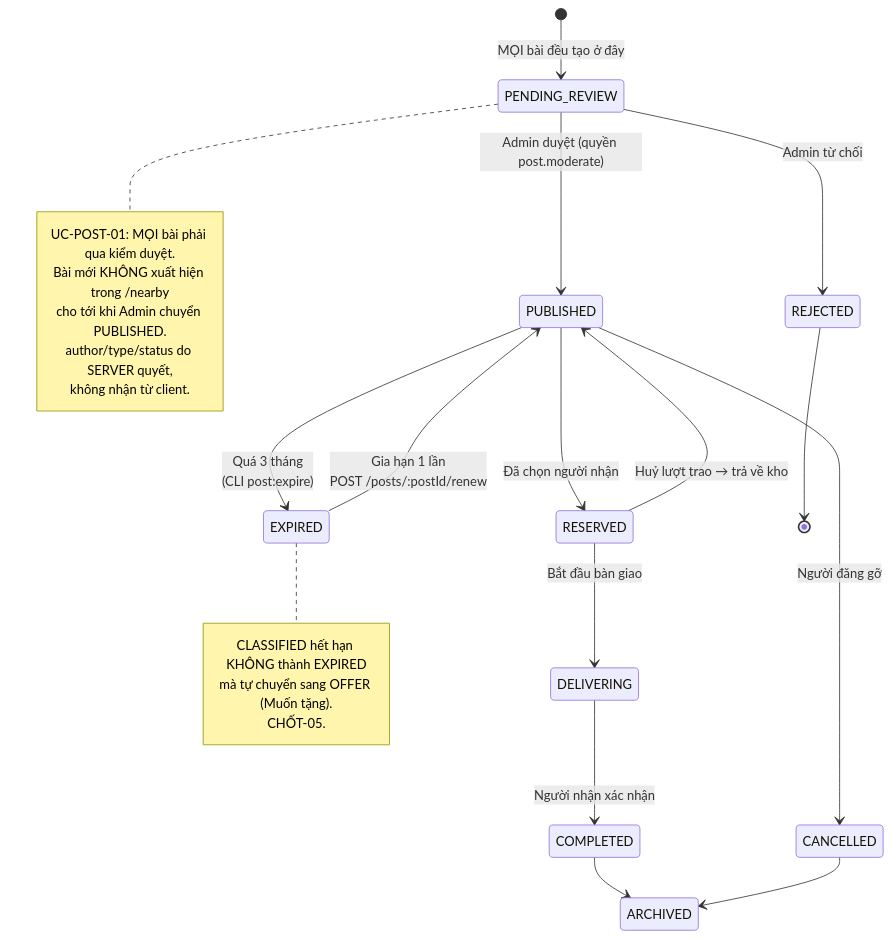
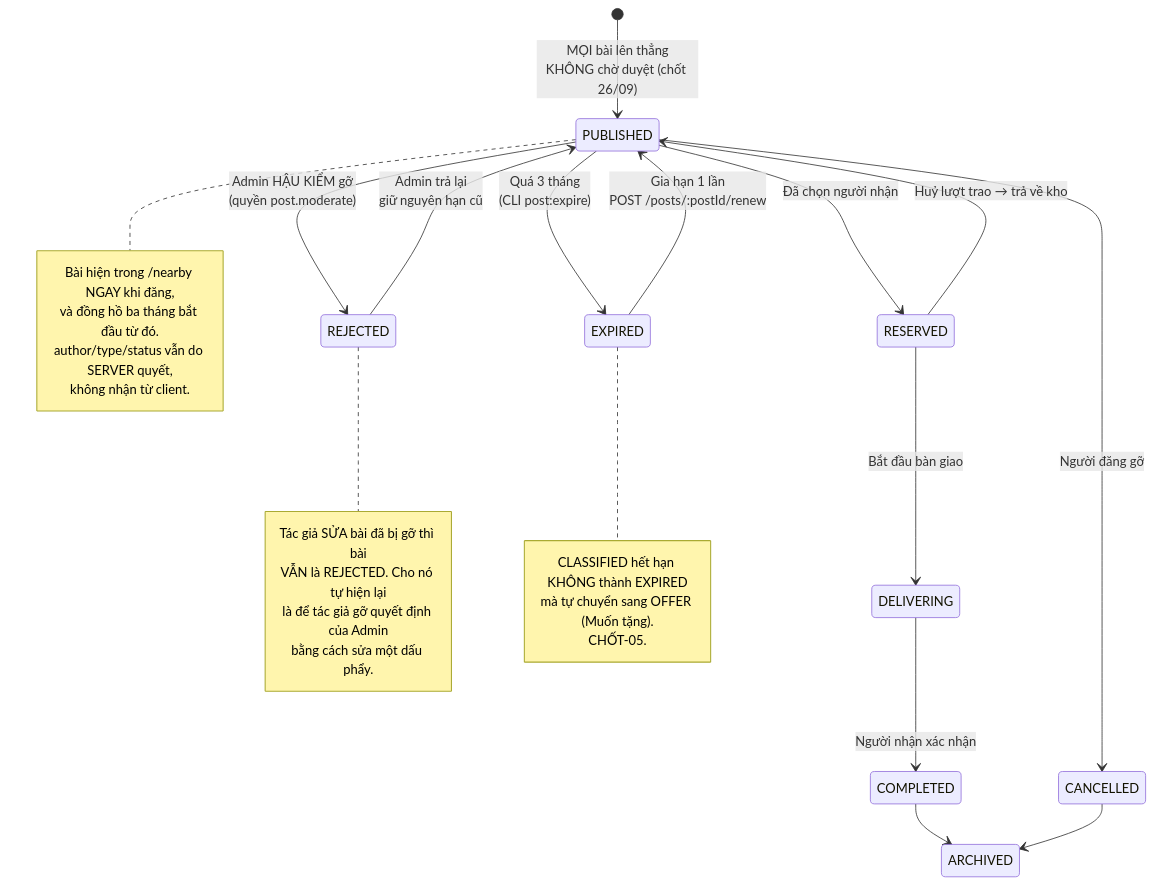
Before and after one commit to fdshn/trueheart: the third of 6 diagrams in docs/diagram/04-post.md, drawn with Mermaid. The commit also changed other lines of this file and 30 other files, not shown here.

````diff
--- a/docs/diagram/04-post.md
+++ b/docs/diagram/04-post.md
@@ -54,32 +59,38 @@
 ```mermaid
 stateDiagram-v2
-    [*] --> PENDING_REVIEW: MỌI bài đều tạo ở đây
-    PENDING_REVIEW --> PUBLISHED: Admin duyệt (quyền post.moderate)
-    PENDING_REVIEW --> REJECTED: Admin từ chối
+    [*] --> PUBLISHED: MỌI bài lên thẳng<br/>KHÔNG chờ duyệt (chốt 26/09)
 
     PUBLISHED --> RESERVED: Đã chọn người nhận
     RESERVED --> DELIVERING: Bắt đầu bàn giao
     DELIVERING --> COMPLETED: Người nhận xác nhận
     RESERVED --> PUBLISHED: Huỷ lượt trao → trả về kho
 
+    PUBLISHED --> REJECTED: Admin HẬU KIỂM gỡ<br/>(quyền post.moderate)
+    REJECTED --> PUBLISHED: Admin trả lại<br/>giữ nguyên hạn cũ
+
     PUBLISHED --> EXPIRED: Quá 3 tháng<br/>(CLI post:expire)
     EXPIRED --> PUBLISHED: Gia hạn 1 lần<br/>POST /posts/:postId/renew
     PUBLISHED --> CANCELLED: Người đăng gỡ
     COMPLETED --> ARCHIVED
     CANCELLED --> ARCHIVED
-    REJECTED --> [*]
 
-    note right of PENDING_REVIEW
-        UC-POST-01: MỌI bài phải qua kiểm duyệt.
-        Bài mới KHÔNG xuất hiện trong /nearby
-        cho tới khi Admin chuyển PUBLISHED.
-        author/type/status do SERVER quyết,
+    note right of PUBLISHED
+        Bài hiện trong /nearby NGAY khi đăng,
+        và đồng hồ ba tháng bắt đầu từ đó.
+        author/type/status vẫn do SERVER quyết,
         không nhận từ client.
+    end note
+
+    note right of REJECTED
+        Tác giả SỬA bài đã bị gỡ thì bài
+        VẪN là REJECTED. Cho nó tự hiện lại
+        là để tác giả gỡ quyết định của Admin
+        bằng cách sửa một dấu phẩy.
     end note
 
     note right of EXPIRED
         CLASSIFIED hết hạn KHÔNG thành EXPIRED
         mà tự chuyển sang OFFER (Muốn tặng).
         CHỐT-05.
     end note
 ```
````
